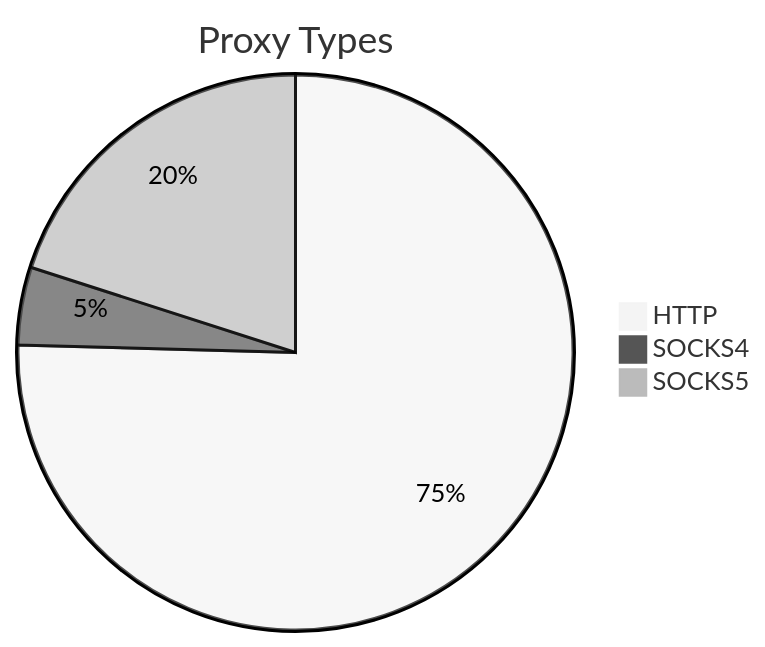
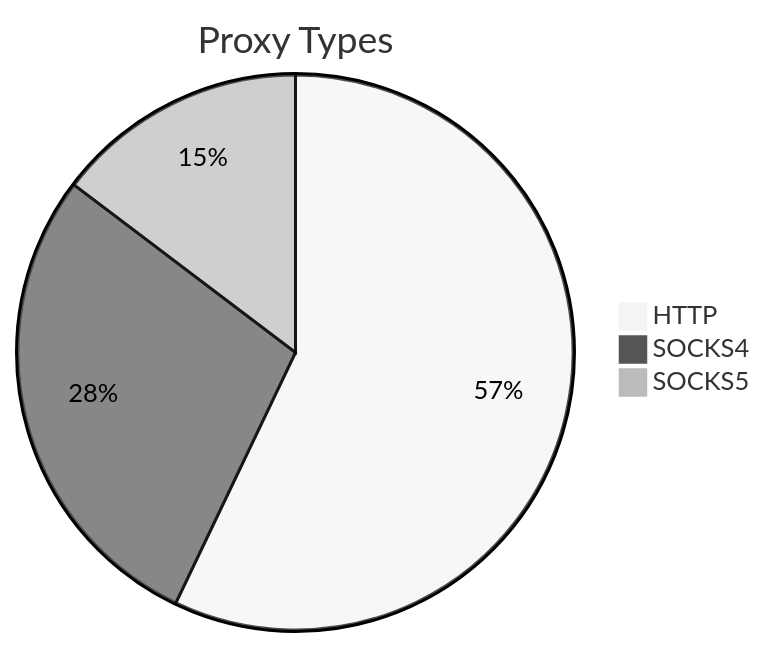
Before and after one commit to stormsia/proxy-list: the first of 2 diagrams in README.md, drawn with Mermaid (neutral theme). The commit also changed other lines of this file, not shown here.

````diff
--- a/README.md
+++ b/README.md
@@ -21,6 +21,6 @@
 ```mermaid
 pie title Proxy Types
-    "HTTP" : 350
-    "SOCKS4" : 21
-    "SOCKS5" : 93
+    "HTTP" : 342
+    "SOCKS4" : 169
+    "SOCKS5" : 88
 ```
````
